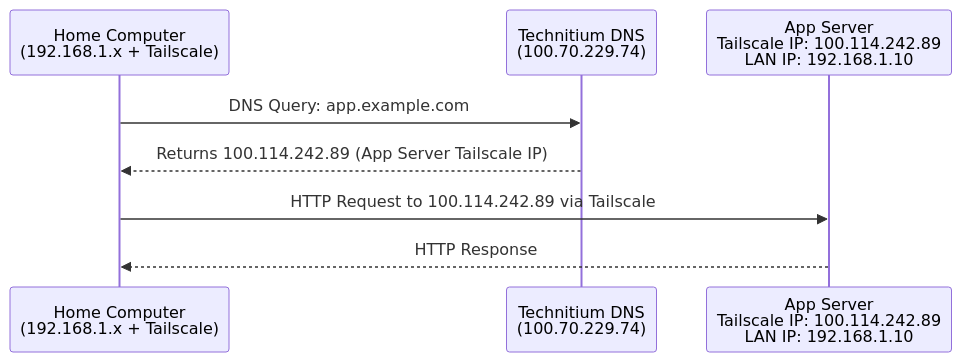
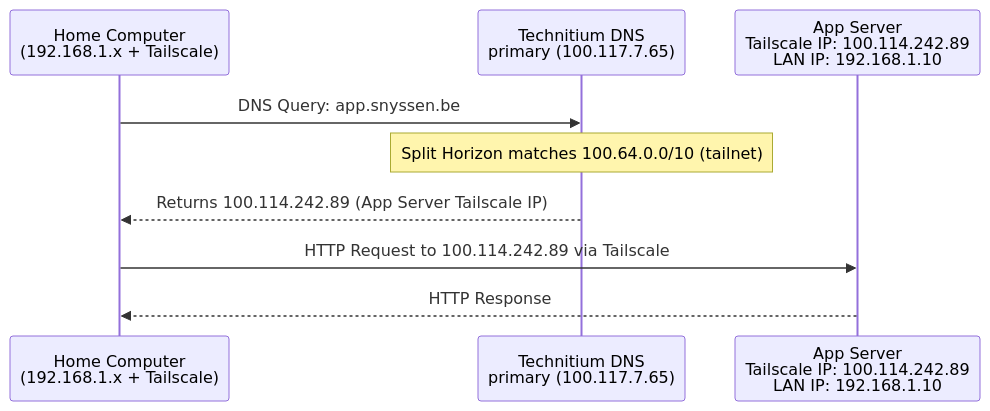
The fifth of 5 diagrams in docs/nix/network.md (snyssen/mother-of-all-infra), drawn with Mermaid before and after one commit. The commit also changed other lines of this file and 1 other file, not shown here.

````diff
--- a/docs/nix/network.md
+++ b/docs/nix/network.md
@@ -64,12 +163,13 @@
 ```mermaid
 sequenceDiagram
     participant Home as Home Computer<br/>(192.168.1.x + Tailscale)
-    participant TechDNS as Technitium DNS<br/>(100.70.229.74)
+    participant TechDNS as Technitium DNS<br/>primary (100.117.7.65)
     participant AppServer as App Server<br/>Tailscale IP: 100.114.242.89<br/>LAN IP: 192.168.1.10
 
-    Home->>TechDNS: DNS Query: app.example.com
+    Home->>TechDNS: DNS Query: app.snyssen.be
+    Note over TechDNS: Split Horizon matches 100.64.0.0/10 (tailnet)
     TechDNS-->>Home: Returns 100.114.242.89 (App Server Tailscale IP)
 
     Home->>AppServer: HTTP Request to 100.114.242.89 via Tailscale
     AppServer-->>Home: HTTP Response
 ```
````
